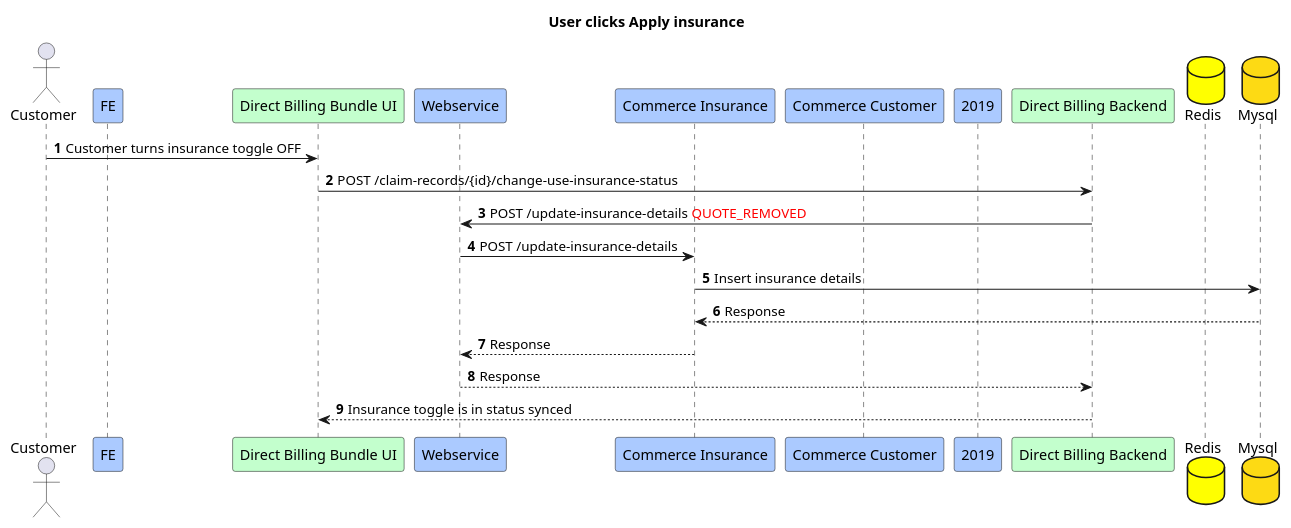
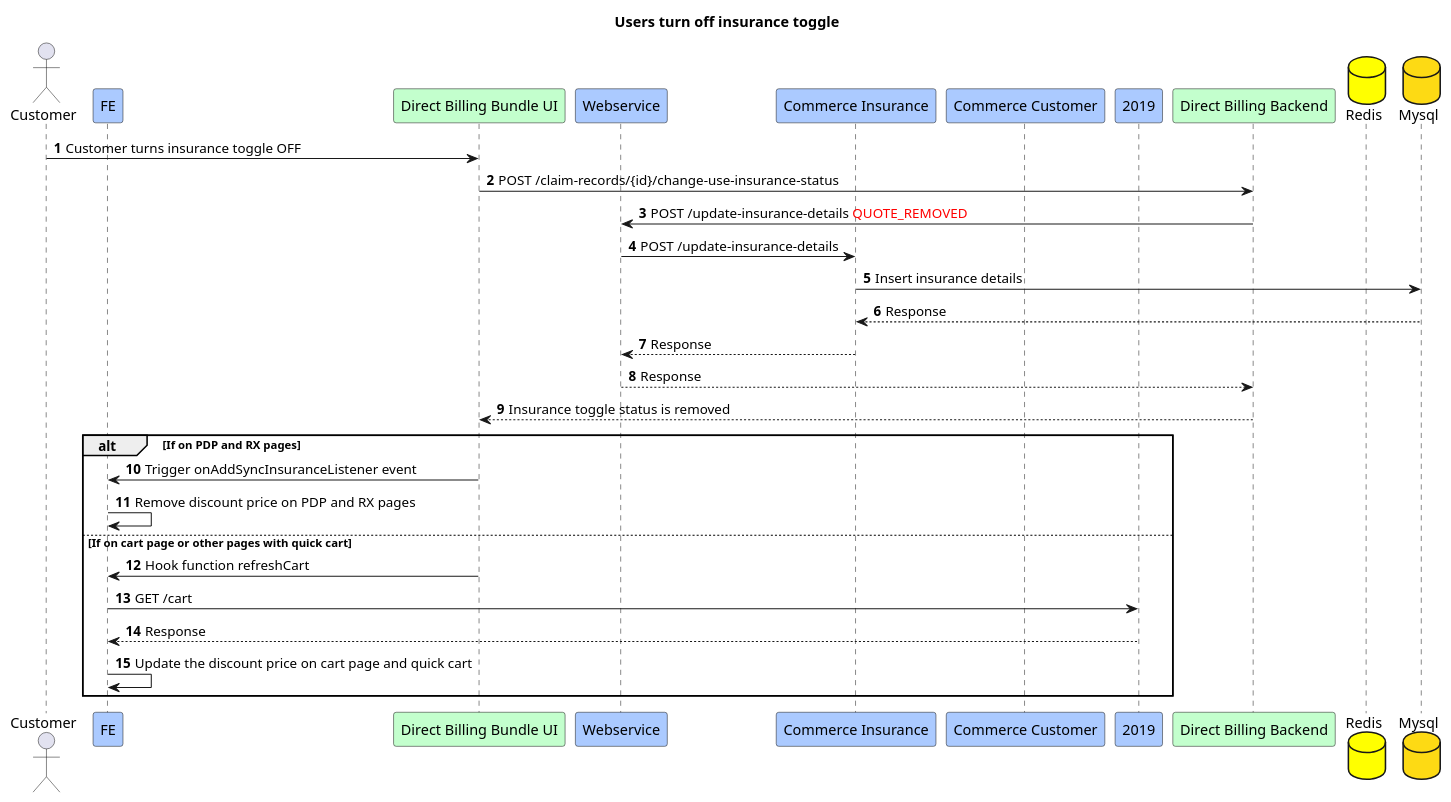
Before and after one commit to Jayounger/EyeMed-Sequence-Diagram: the diagram in 9.Customer turns insurance toggle OFF.puml, drawn with PlantUML. The commit also changed 14 other files, not shown here.

Commit message:
update diagram

```diff
--- a/9.Customer turns insurance toggle OFF.puml
+++ b/9.Customer turns insurance toggle OFF.puml
@@ -1,27 +1,35 @@
 @startuml
-title User clicks Apply insurance
+title Users turn off insurance toggle
 actor Customer
 participant FE #abcaff
 participant "Direct Billing Bundle UI" #c3ffcd
 participant "Webservice" #abcaff
 participant "Commerce Insurance" #abcaff
 participant "Commerce Customer" #abcaff
 participant "2019" #abcaff
 participant "Direct Billing Backend" #c3ffcd
 database "Redis" #yellow
 database "Mysql" #fdda14
 
 autonumber
 Customer -> "Direct Billing Bundle UI":Customer turns insurance toggle OFF
 "Direct Billing Bundle UI" -> "Direct Billing Backend":POST /claim-records/{id}/change-use-insurance-status
 "Direct Billing Backend" -> "Webservice":POST /update-insurance-details <font color=red>QUOTE_REMOVED
 "Webservice" -> "Commerce Insurance":POST /update-insurance-details
 "Commerce Insurance" -> "Mysql":Insert insurance details
 "Mysql" --> "Commerce Insurance":Response
 "Commerce Insurance" --> "Webservice":Response
 "Webservice" --> "Direct Billing Backend":Response
-"Direct Billing Backend" --> "Direct Billing Bundle UI":Insurance toggle is in status synced
-'前端逻辑接着画
+"Direct Billing Backend" --> "Direct Billing Bundle UI":Insurance toggle status is removed
+alt If on PDP and RX pages 
+"Direct Billing Bundle UI" -> FE:Trigger onAddSyncInsuranceListener event
+FE -> FE:Remove discount price on PDP and RX pages
+else If on cart page or other pages with quick cart
+"Direct Billing Bundle UI" -> FE:Hook function refreshCart
+FE -> 2019:GET /cart
+2019 --> FE:Response
+FE -> FE:Update the discount price on cart page and quick cart
+end
 
 
 @enduml
```
